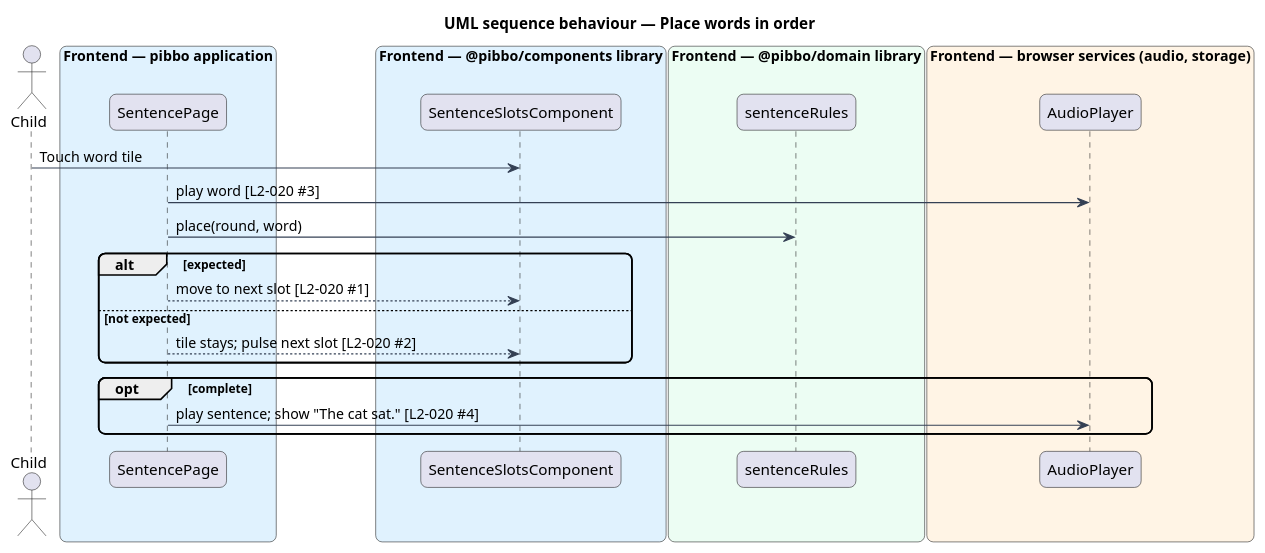
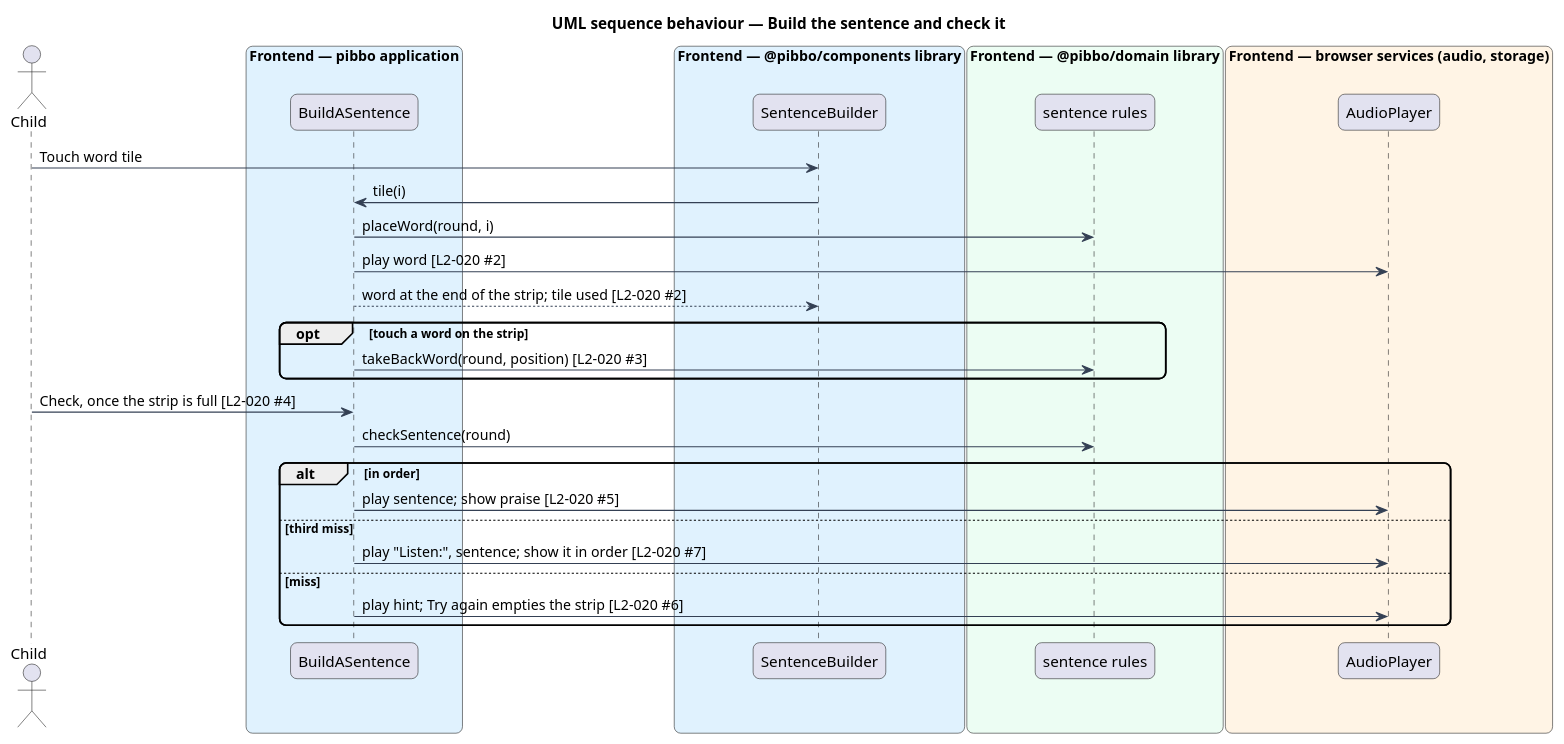
One commit to QuinntyneBrown/pibbo changed the diagram in docs/detailed-designs/sound-out/build-a-sentence/diagrams/sequence-place-words.puml. Above: the diagram before and after it, drawn with PlantUML. The commit also changed 24 other files, not shown here.

Commit message:
Align Build a sentence with its mock: build the sentence on a strip, then Check, and draw the modelled answer (L2-020, ADR 0031)

```diff
--- a/docs/detailed-designs/sound-out/build-a-sentence/diagrams/sequence-place-words.puml
+++ b/docs/detailed-designs/sound-out/build-a-sentence/diagrams/sequence-place-words.puml
@@ -1,32 +1,38 @@
 @startuml
-title UML sequence behaviour — Place words in order
+title UML sequence behaviour — Build the sentence and check it
 skinparam backgroundColor #FFFFFF
 skinparam shadowing false
 skinparam roundcorner 12
 skinparam defaultFontName Arial
 skinparam ArrowColor #344054
 actor "Child" as actor
 box "Frontend — pibbo application" #E0F2FE
-  participant "SentencePage" as page
+  participant "BuildASentence" as page
 end box
 box "Frontend — @pibbo/components library" #E0F2FE
-  participant "SentenceSlotsComponent" as view
+  participant "SentenceBuilder" as view
 end box
 box "Frontend — @pibbo/domain library" #ECFDF3
-  participant "sentenceRules" as rules
+  participant "sentence rules" as rules
 end box
 box "Frontend — browser services (audio, storage)" #FFF4E5
   participant "AudioPlayer" as audio
 end box
 actor -> view : Touch word tile
-page -> audio : play word [L2-020 #3]
-page -> rules : place(round, word)
-alt expected
-  page --> view : move to next slot [L2-020 #1]
-else not expected
-  page --> view : tile stays; pulse next slot [L2-020 #2]
+view -> page : tile(i)
+page -> rules : placeWord(round, i)
+page -> audio : play word [L2-020 #2]
+page --> view : word at the end of the strip; tile used [L2-020 #2]
+opt touch a word on the strip
+  page -> rules : takeBackWord(round, position) [L2-020 #3]
 end
-opt complete
-  page -> audio : play sentence; show "The cat sat." [L2-020 #4]
+actor -> page : Check, once the strip is full [L2-020 #4]
+page -> rules : checkSentence(round)
+alt in order
+  page -> audio : play sentence; show praise [L2-020 #5]
+else third miss
+  page -> audio : play "Listen:", sentence; show it in order [L2-020 #7]
+else miss
+  page -> audio : play hint; Try again empties the strip [L2-020 #6]
 end
 @enduml
```
